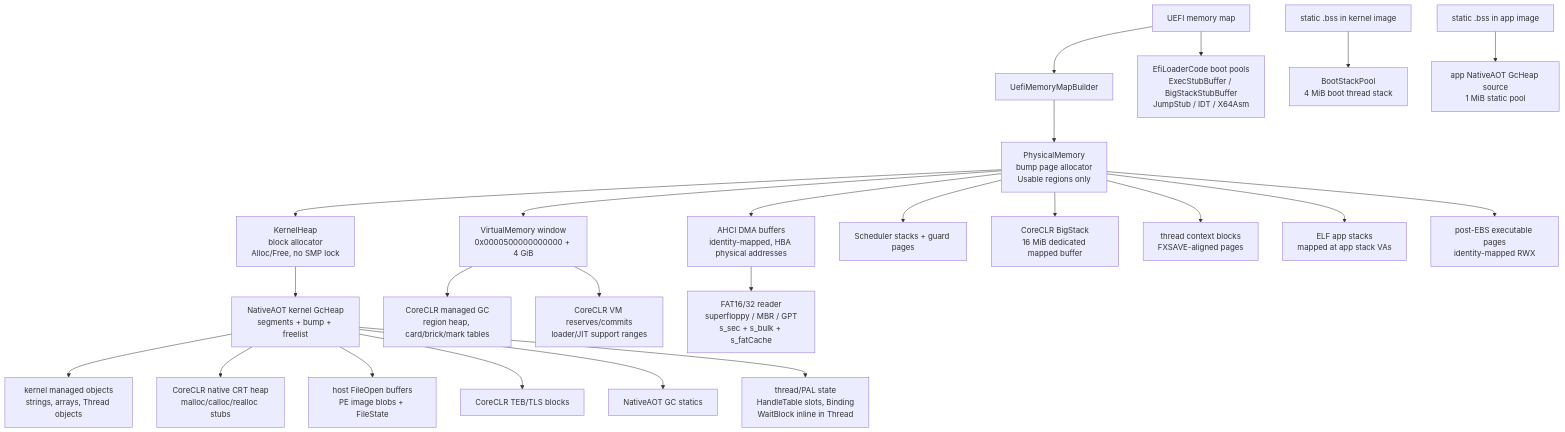
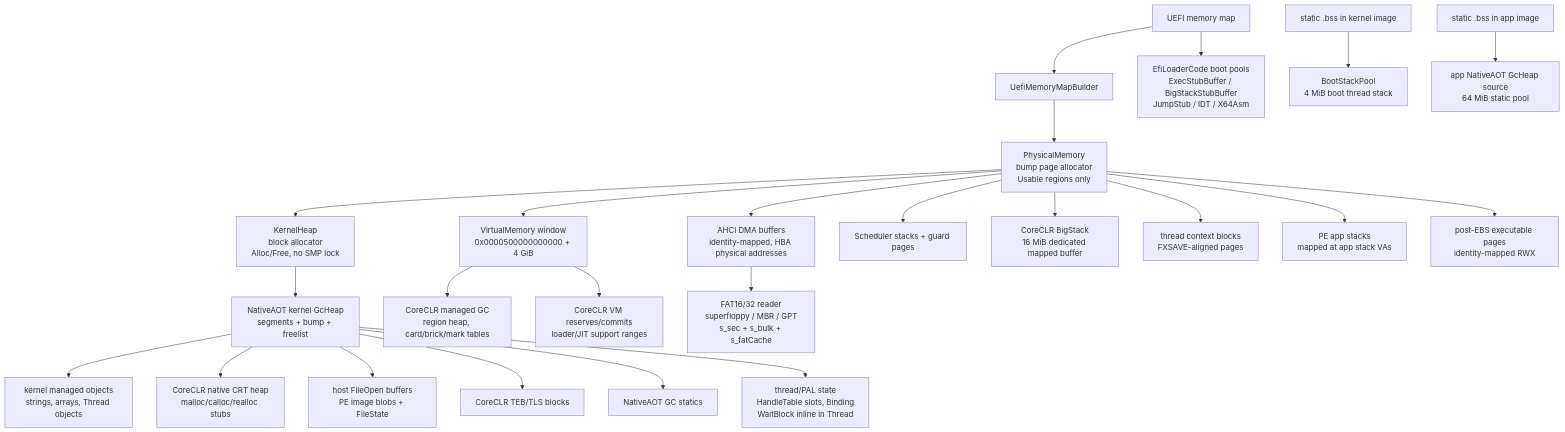
The first of 2 diagrams in docs/memory-ownership.md (daniilvaino/SharpOS), drawn with Mermaid before and after one commit. The commit also changed other lines of this file and 19 other files, not shown here.

````diff
--- a/docs/memory-ownership.md
+++ b/docs/memory-ownership.md
@@ -10,32 +10,32 @@
 ```mermaid
 flowchart TD
     UEFI[UEFI memory map] --> UMM[UefiMemoryMapBuilder]
     UMM --> PM[PhysicalMemory<br/>bump page allocator<br/>Usable regions only]
 
     PM --> KH[KernelHeap<br/>block allocator<br/>Alloc/Free, no SMP lock]
     KH --> KGC[NativeAOT kernel GcHeap<br/>segments + bump + freelist]
 
     KGC --> KOBJ[kernel managed objects<br/>strings, arrays, Thread objects]
     KGC --> CRT[CoreCLR native CRT heap<br/>malloc/calloc/realloc stubs]
     KGC --> FILE[host FileOpen buffers<br/>PE image blobs + FileState]
     KGC --> TEB[CoreCLR TEB/TLS blocks]
     KGC --> GSTAT[NativeAOT GC statics]
 
     PM --> VM[VirtualMemory window<br/>0x0000500000000000 + 4 GiB]
     VM --> CLRG[CoreCLR managed GC<br/>region heap, card/brick/mark tables]
     VM --> JITVA[CoreCLR VM reserves/commits<br/>loader/JIT support ranges]
 
     PM --> DMA[AHCI DMA buffers<br/>identity-mapped, HBA physical addresses]
     DMA --> FAT[FAT16/32 reader<br/>superfloppy / MBR / GPT<br/>s_sec + s_bulk + s_fatCache]
     PM --> KSTK[Scheduler stacks + guard pages]
     PM --> BIG[CoreCLR BigStack<br/>16 MiB dedicated mapped buffer]
     PM --> CTX[thread context blocks<br/>FXSAVE-aligned pages]
-    PM --> APPSTK[ELF app stacks<br/>mapped at app stack VAs]
+    PM --> APPSTK[PE app stacks<br/>mapped at app stack VAs]
     PM --> EXEC[post-EBS executable pages<br/>identity-mapped RWX]
 
     BSS[static .bss in kernel image] --> BOOTSTK[BootStackPool<br/>4 MiB boot thread stack]
     UEFI --> ESTUB[EfiLoaderCode boot pools<br/>ExecStubBuffer / BigStackStubBuffer<br/>JumpStub / IDT / X64Asm]
-    APPBSS[static .bss in app image] --> APPGC[app NativeAOT GcHeap source<br/>1 MiB static pool]
+    APPBSS[static .bss in app image] --> APPGC[app NativeAOT GcHeap source<br/>64 MiB static pool]
 
     KGC --> THRSTATE[thread/PAL state<br/>HandleTable slots, Binding<br/>WaitBlock inline in Thread]
 ```
````
